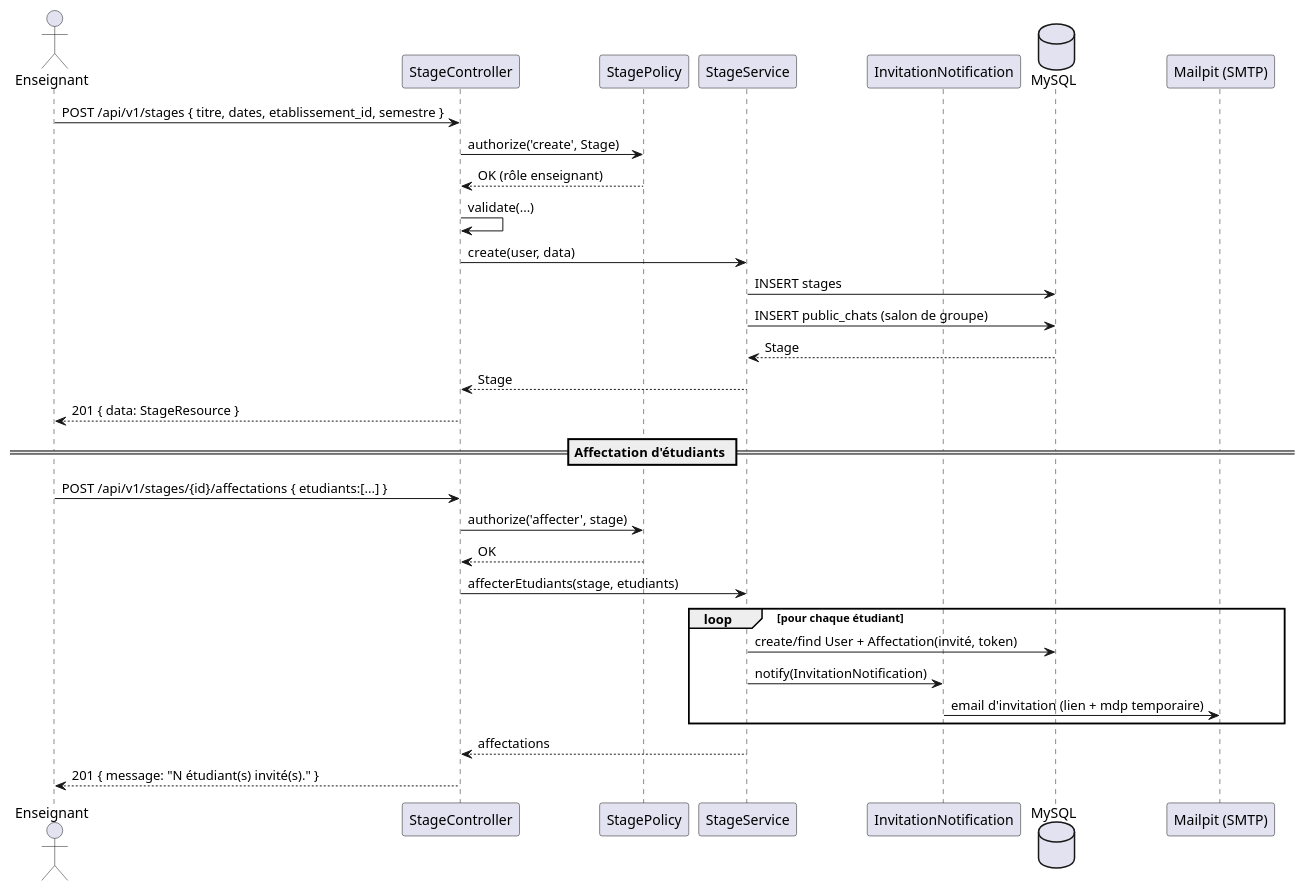
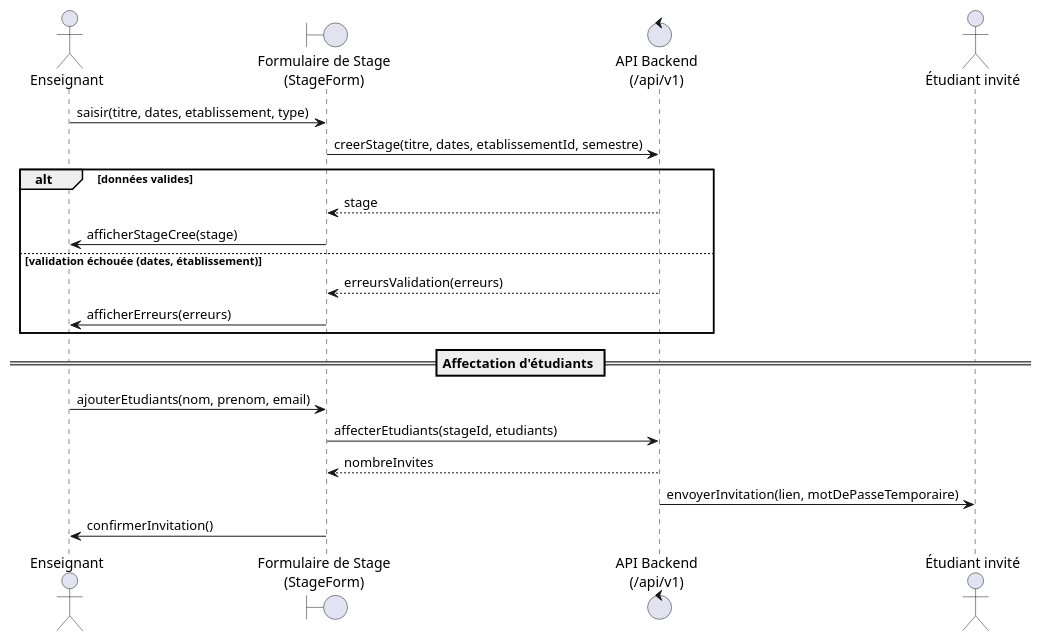
Before and after one commit to CyberCodeCracker/pfa: the third of 5 diagrams in SPRINT_2_Gestion_de_Stage.md, drawn with PlantUML. The commit also changed other lines of this file and 8 other files, not shown here.

Commit message:
Improved stage creation ux by tying selected niveau etude with the internship type

````diff
--- a/SPRINT_2_Gestion_de_Stage.md
+++ b/SPRINT_2_Gestion_de_Stage.md
@@ -256,35 +256,25 @@
 ```plantuml
 @startuml SEQ_Sprint2_CreateStage
 actor Enseignant as Ens
-participant "StageController" as Ctrl
-participant "StagePolicy" as Pol
-participant "StageService" as Svc
-participant "InvitationNotification" as Notif
-database "MySQL" as DB
-participant "Mailpit (SMTP)" as Mail
+boundary "Formulaire de Stage\n(StageForm)" as Form
+control "API Backend\n(/api/v1)" as API
+actor "Étudiant invité" as Etu
 
-Ens -> Ctrl : POST /api/v1/stages { titre, dates, etablissement_id, semestre }
-Ctrl -> Pol : authorize('create', Stage)
-Pol --> Ctrl : OK (rôle enseignant)
-Ctrl -> Ctrl : validate(...)
-Ctrl -> Svc : create(user, data)
-Svc -> DB : INSERT stages
-Svc -> DB : INSERT public_chats (salon de groupe)
-DB --> Svc : Stage
-Svc --> Ctrl : Stage
-Ctrl --> Ens : 201 { data: StageResource }
+Ens -> Form : saisir(titre, dates, etablissement, type)
+Form -> API : creerStage(titre, dates, etablissementId, semestre)
+alt données valides
+  API --> Form : stage
+  Form -> Ens : afficherStageCree(stage)
+else validation échouée (dates, établissement)
+  API --> Form : erreursValidation(erreurs)
+  Form -> Ens : afficherErreurs(erreurs)
+end
 
 == Affectation d'étudiants ==
-Ens -> Ctrl : POST /api/v1/stages/{id}/affectations { etudiants:[...] }
-Ctrl -> Pol : authorize('affecter', stage)
-Pol --> Ctrl : OK
-Ctrl -> Svc : affecterEtudiants(stage, etudiants)
-loop pour chaque étudiant
-  Svc -> DB : create/find User + Affectation(invité, token)
-  Svc -> Notif : notify(InvitationNotification)
-  Notif -> Mail : email d'invitation (lien + mdp temporaire)
-end
-Svc --> Ctrl : affectations
-Ctrl --> Ens : 201 { message: "N étudiant(s) invité(s)." }
+Ens -> Form : ajouterEtudiants(nom, prenom, email)
+Form -> API : affecterEtudiants(stageId, etudiants)
+API --> Form : nombreInvites
+API -> Etu : envoyerInvitation(lien, motDePasseTemporaire)
+Form -> Ens : confirmerInvitation()
 @enduml
 ```
````
